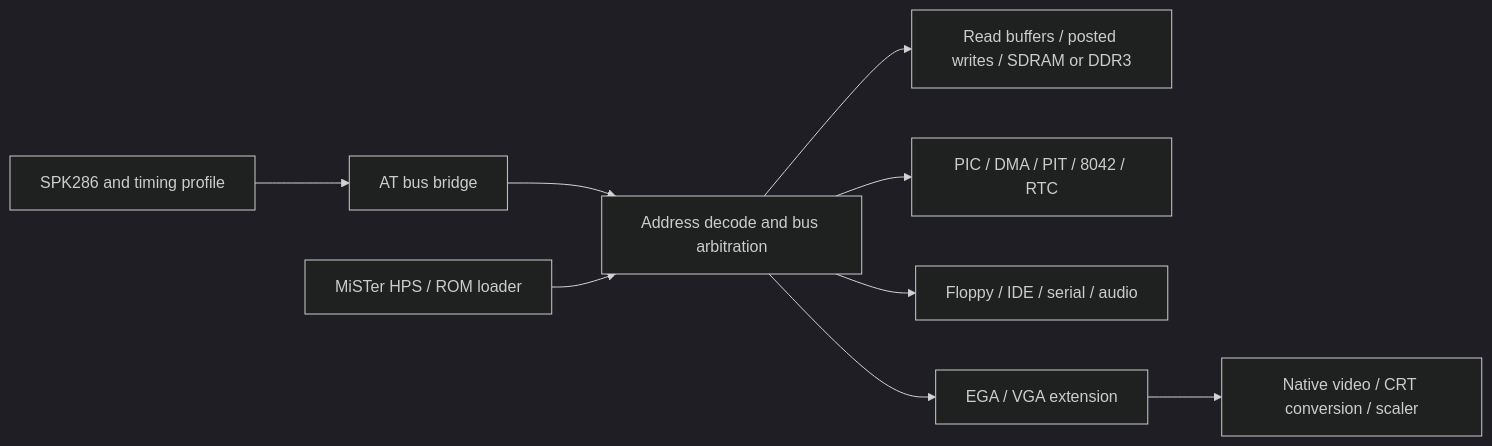
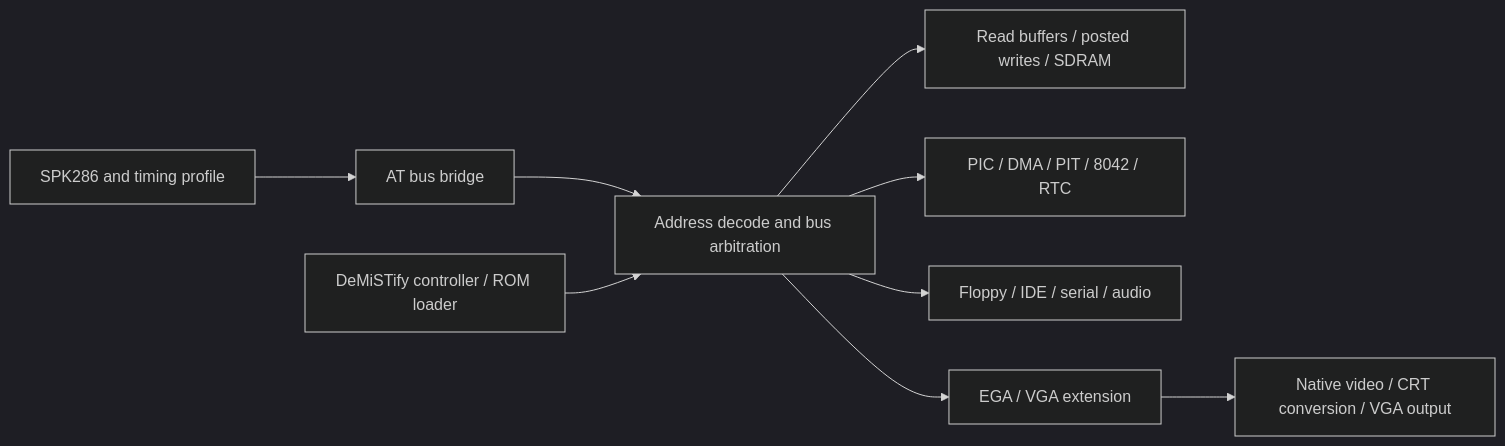
Before and after one commit to aitorgomez-net/PCAT-286_ZXTres: the diagram in README.md, drawn with Mermaid (dark theme). The commit also changed other lines of this file and 6 other files, not shown here.

````diff
--- a/README.md
+++ b/README.md
@@ -112,11 +125,11 @@
 ```mermaid
 flowchart LR
     CPU[SPK286 and timing profile] --> Bus[AT bus bridge]
     Bus --> Machine[Address decode and bus arbitration]
-    HPS[MiSTer HPS / ROM loader] --> Machine
-    Machine --> RAM[Read buffers / posted writes / SDRAM or DDR3]
+    Ctrl[DeMiSTify controller / ROM loader] --> Machine
+    Machine --> RAM[Read buffers / posted writes / SDRAM]
     Machine --> Chipset[PIC / DMA / PIT / 8042 / RTC]
     Machine --> Devices[Floppy / IDE / serial / audio]
     Machine --> Video[EGA / VGA extension]
-    Video --> Output[Native video / CRT conversion / scaler]
+    Video --> Output[Native video / CRT conversion / VGA output]
 ```
````
